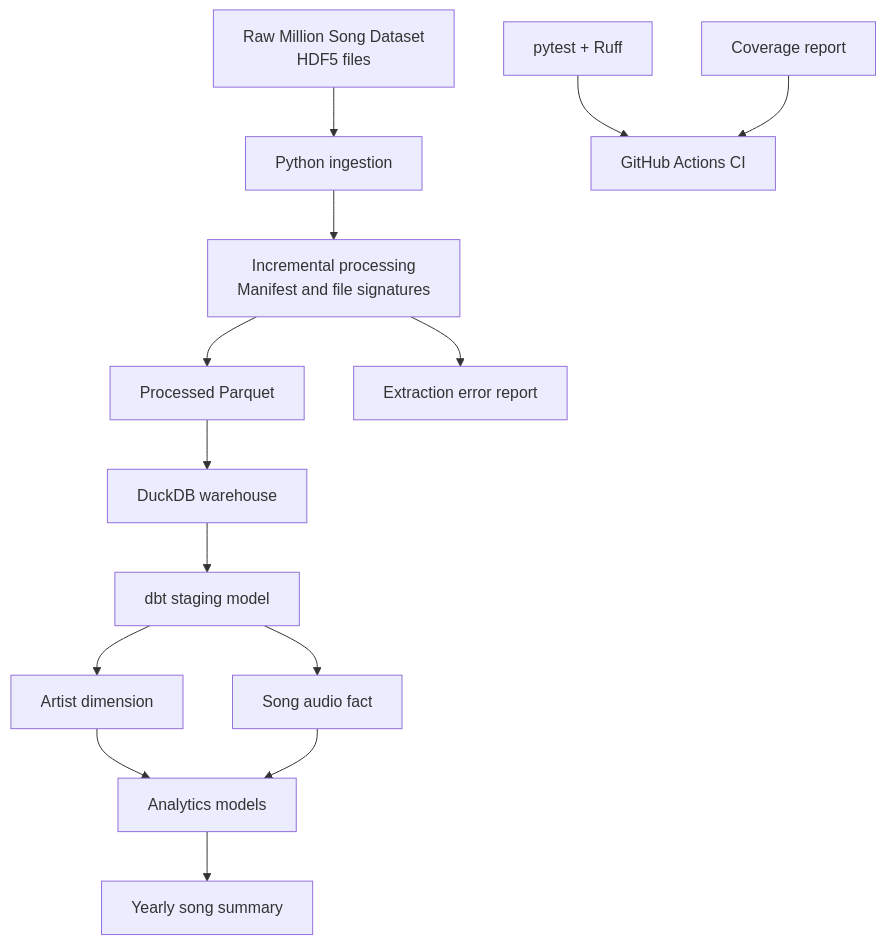
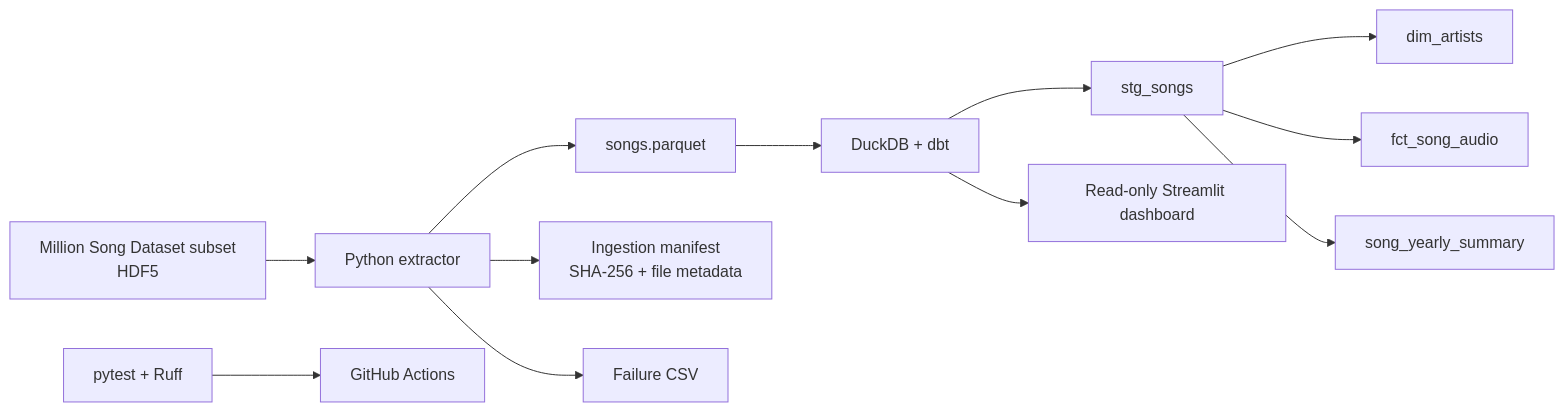
One commit to hussainali99a/Million-Song-Dataset-Analytics-Pipeline changed the diagram in README.md. Above: the diagram before and after it, drawn with Mermaid. The commit also changed other lines of this file and 20 other files, not shown here.

````diff
--- a/README.md
+++ b/README.md
@@ -33,16 +17,14 @@
 ```mermaid
-flowchart TD
-    A["Raw Million Song Dataset<br/>HDF5 files"] --> B["Python ingestion"]
-    B --> C["Incremental processing<br/>Manifest and file signatures"]
-    C --> D["Processed Parquet"]
-    C --> E["Extraction error report"]
-    D --> F["DuckDB warehouse"]
-    F --> G["dbt staging model"]
-    G --> H["Artist dimension"]
-    G --> I["Song audio fact"]
-    H --> J["Analytics models"]
-    I --> J
-    J --> K["Yearly song summary"]
-    L["pytest + Ruff"] --> M["GitHub Actions CI"]
-    N["Coverage report"] --> M
+flowchart LR
+    A["Million Song Dataset subset<br/>HDF5"] --> B["Python extractor"]
+    B --> C["songs.parquet"]
+    B --> D["Ingestion manifest<br/>SHA-256 + file metadata"]
+    B --> E["Failure CSV"]
+    C --> F["DuckDB + dbt"]
+    F --> G["stg_songs"]
+    G --> H["dim_artists"]
+    G --> I["fct_song_audio"]
+    G --> J["song_yearly_summary"]
+    F --> K["Read-only Streamlit dashboard"]
+    L["pytest + Ruff"] --> M["GitHub Actions"]
 ```
````
